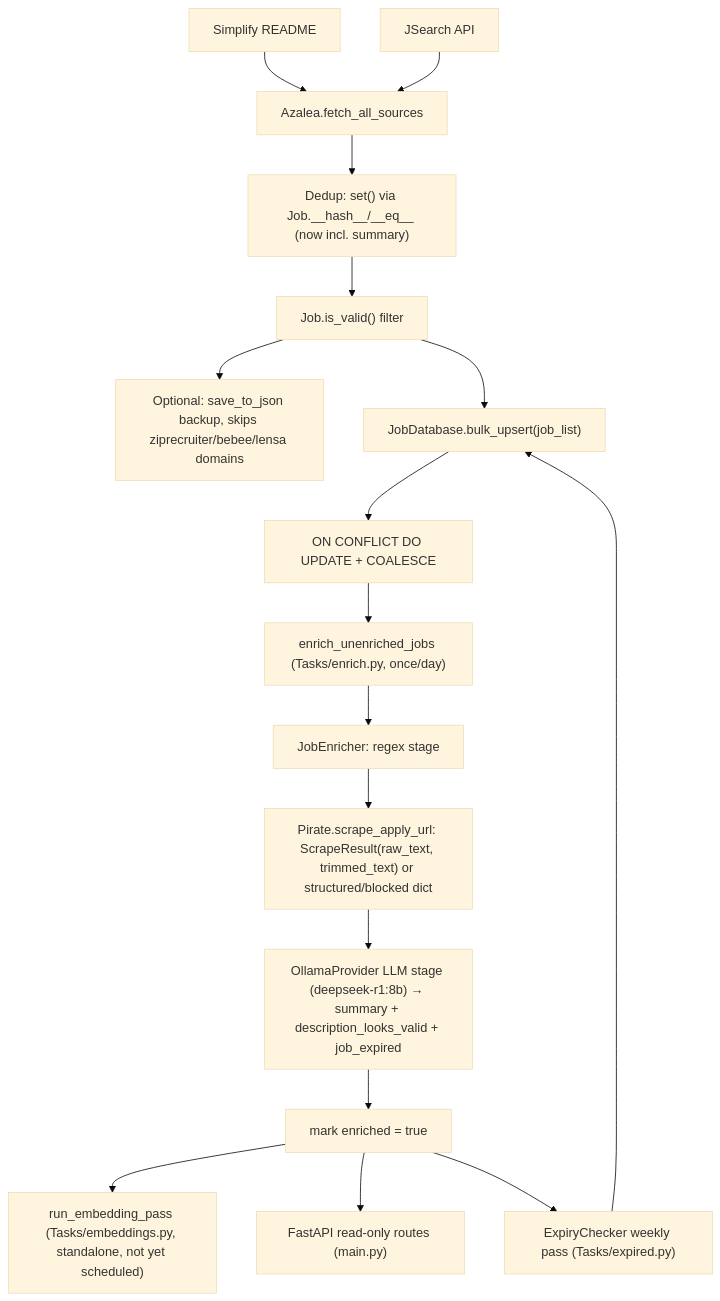
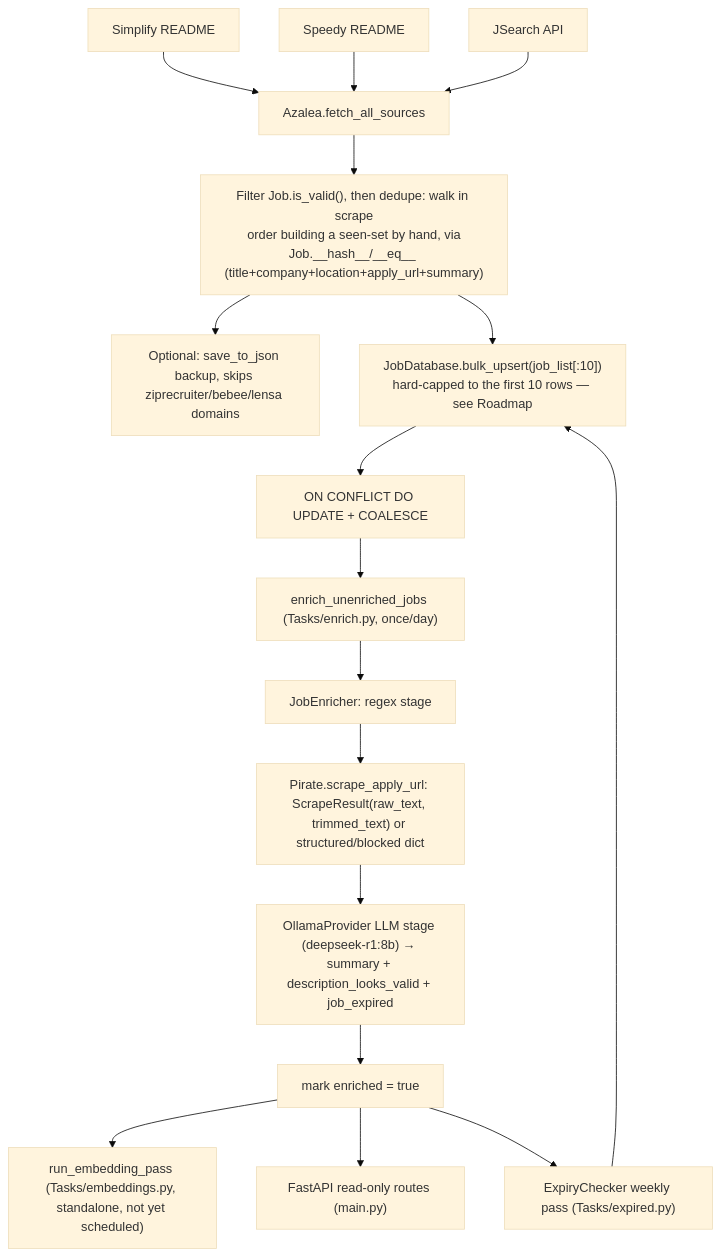
One commit to AustinDwomoh/libra changed the diagram in wiki/Architecture.md. Above: the diagram before and after it, drawn with Mermaid (base theme). The commit also changed other lines of this file and 27 other files, not shown here.

````diff
--- a/wiki/Architecture.md
+++ b/wiki/Architecture.md
@@ -5,19 +5,19 @@
 ```mermaid
 flowchart TD
     A[Simplify README] --> D[Azalea.fetch_all_sources]
-    B[JSearch API] --> D
-    D --> E["Dedup: set() via Job.__hash__/__eq__ (now incl. summary)"]
-    E --> F["Job.is_valid() filter"]
-    F --> G[Optional: save_to_json backup, skips ziprecruiter/bebee/lensa domains]
-    F --> H["JobDatabase.bulk_upsert(job_list)"]
+    B[Speedy README] --> D
+    C[JSearch API] --> D
+    D --> E["Filter Job.is_valid(), then dedupe: walk in scrape\norder building a seen-set by hand, via\nJob.__hash__/__eq__ (title+company+location+apply_url+summary)"]
+    E --> G[Optional: save_to_json backup, skips ziprecruiter/bebee/lensa domains]
+    E --> H["JobDatabase.bulk_upsert(job_list[:10])<br/>hard-capped to the first 10 rows — see Roadmap"]
     H --> I["ON CONFLICT DO UPDATE + COALESCE"]
     I --> J["enrich_unenriched_jobs (Tasks/enrich.py, once/day)"]
     J --> K["JobEnricher: regex stage"]
     K --> L["Pirate.scrape_apply_url: ScrapeResult(raw_text, trimmed_text) or structured/blocked dict"]
     L --> M["OllamaProvider LLM stage (deepseek-r1:8b) → summary + description_looks_valid + job_expired"]
     M --> N["mark enriched = true"]
     N --> O["run_embedding_pass (Tasks/embeddings.py, standalone, not yet scheduled)"]
     N --> P["FastAPI read-only routes (main.py)"]
     N --> Q["ExpiryChecker weekly pass (Tasks/expired.py)"]
     Q --> H
 ```
````
